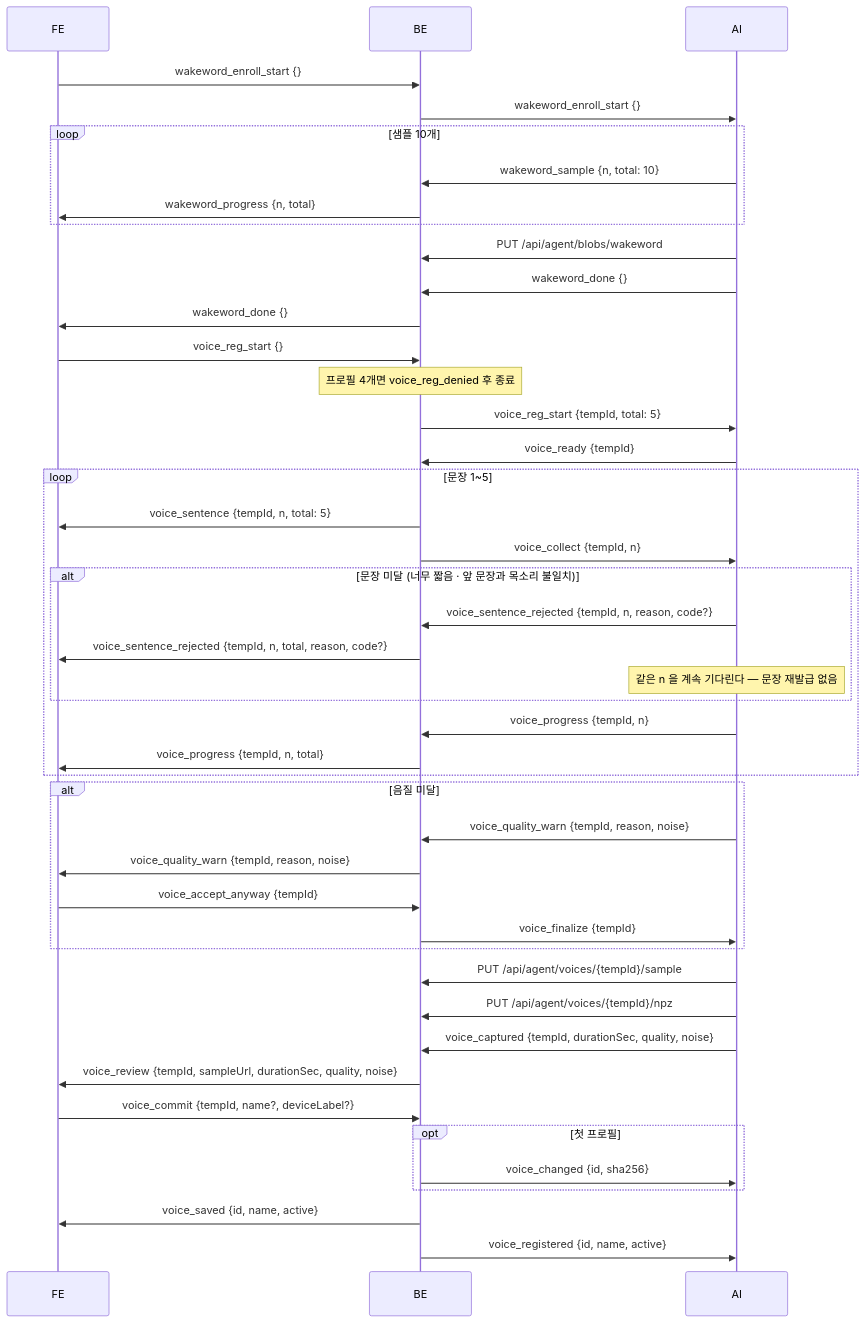
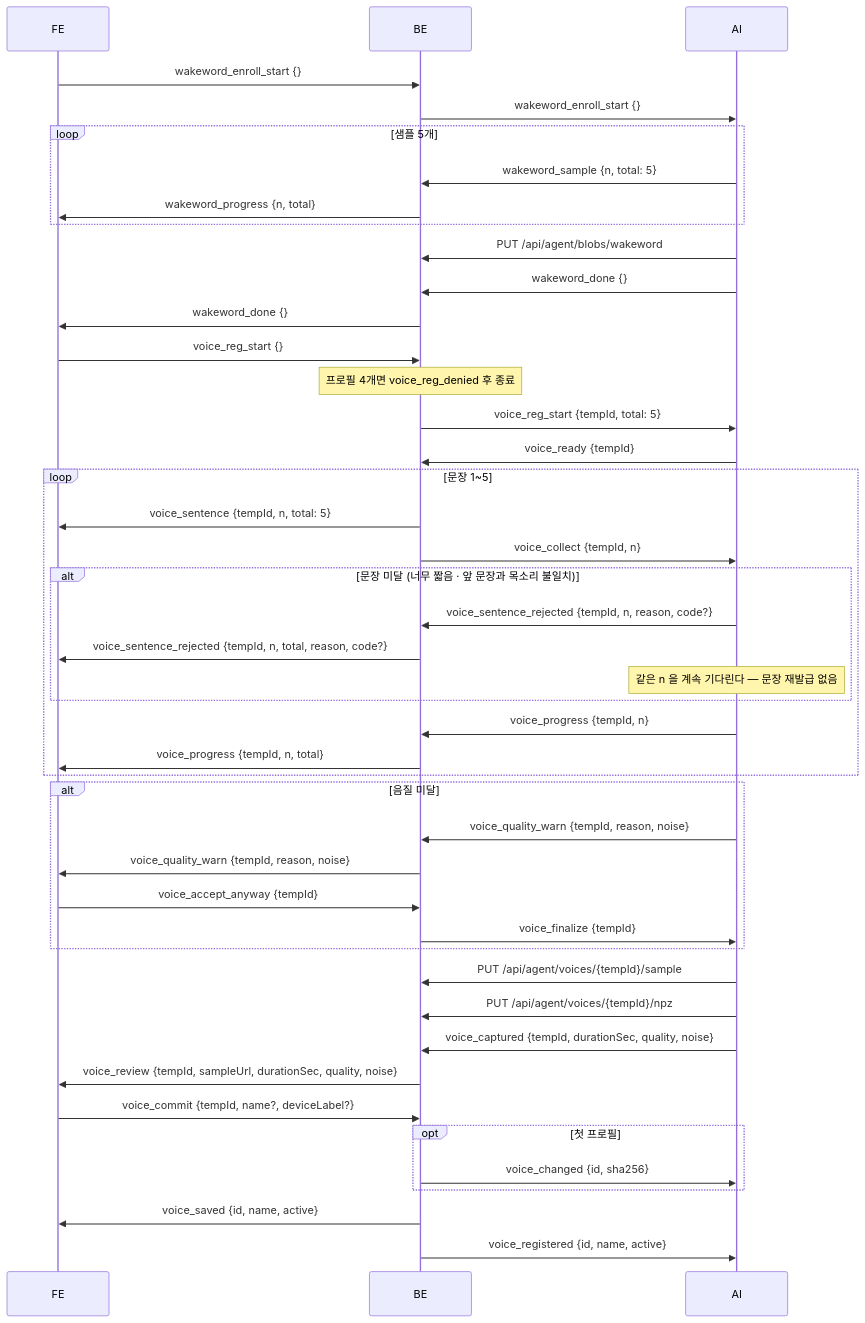
Before and after one commit to 42JH/SIA: the eighth of 11 diagrams in Backend/docs/프로토콜.md, drawn with Mermaid. The commit also changed other lines of this file and 1 other file, not shown here.

````diff
--- a/Backend/docs/프로토콜.md
+++ b/Backend/docs/프로토콜.md
@@ -963,46 +963,46 @@
 ```mermaid
 sequenceDiagram
     participant FE
     participant BE
     participant AI
     FE->>BE: wakeword_enroll_start {}
     BE->>AI: wakeword_enroll_start {}
-    loop 샘플 10개
-        AI->>BE: wakeword_sample {n, total: 10}
+    loop 샘플 5개
+        AI->>BE: wakeword_sample {n, total: 5}
         BE->>FE: wakeword_progress {n, total}
     end
     AI->>BE: PUT /api/agent/blobs/wakeword
     AI->>BE: wakeword_done {}
     BE->>FE: wakeword_done {}
     FE->>BE: voice_reg_start {}
     Note over BE: 프로필 4개면 voice_reg_denied 후 종료
     BE->>AI: voice_reg_start {tempId, total: 5}
     AI->>BE: voice_ready {tempId}
     loop 문장 1~5
         BE->>FE: voice_sentence {tempId, n, total: 5}
         BE->>AI: voice_collect {tempId, n}
         alt 문장 미달 (너무 짧음 · 앞 문장과 목소리 불일치)
             AI->>BE: voice_sentence_rejected {tempId, n, reason, code?}
             BE->>FE: voice_sentence_rejected {tempId, n, total, reason, code?}
             Note over AI: 같은 n 을 계속 기다린다 — 문장 재발급 없음
         end
         AI->>BE: voice_progress {tempId, n}
         BE->>FE: voice_progress {tempId, n, total}
     end
     alt 음질 미달
         AI->>BE: voice_quality_warn {tempId, reason, noise}
         BE->>FE: voice_quality_warn {tempId, reason, noise}
         FE->>BE: voice_accept_anyway {tempId}
         BE->>AI: voice_finalize {tempId}
     end
     AI->>BE: PUT /api/agent/voices/{tempId}/sample
     AI->>BE: PUT /api/agent/voices/{tempId}/npz
     AI->>BE: voice_captured {tempId, durationSec, quality, noise}
     BE->>FE: voice_review {tempId, sampleUrl, durationSec, quality, noise}
     FE->>BE: voice_commit {tempId, name?, deviceLabel?}
     opt 첫 프로필
         BE->>AI: voice_changed {id, sha256}
     end
     BE->>FE: voice_saved {id, name, active}
     BE->>AI: voice_registered {id, name, active}
 ```
````
